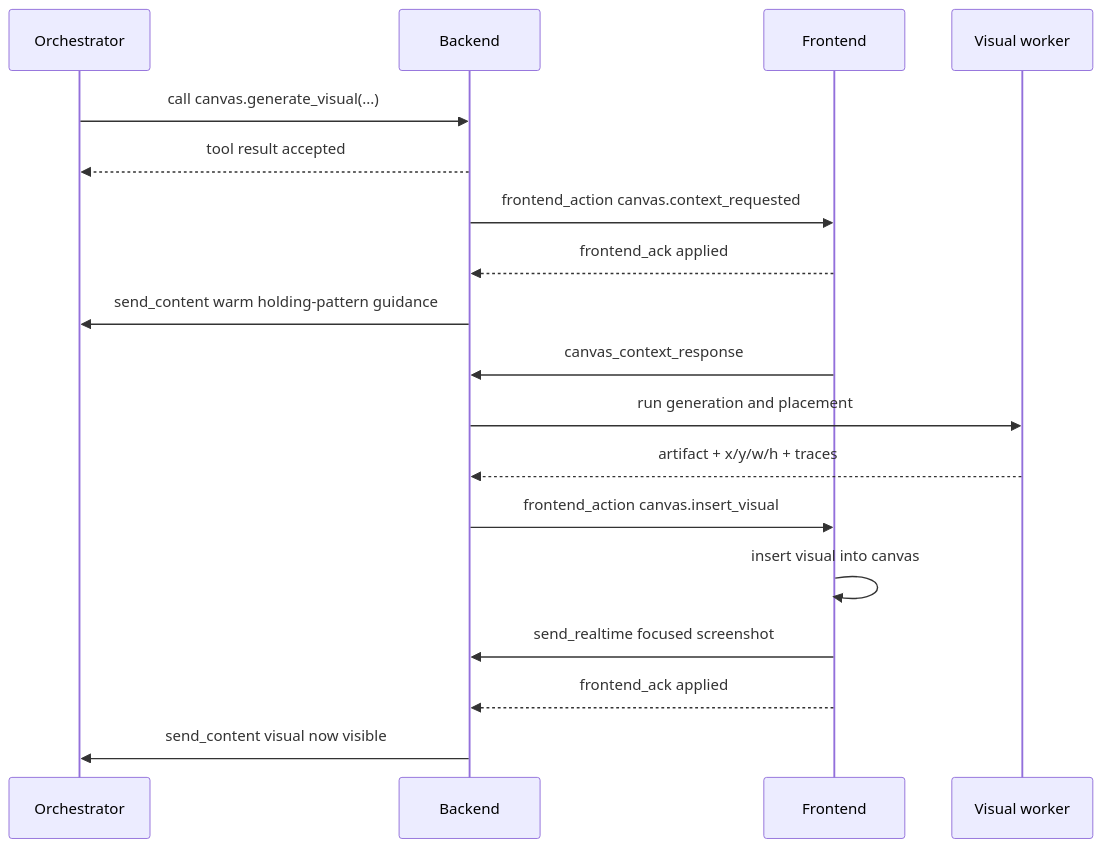
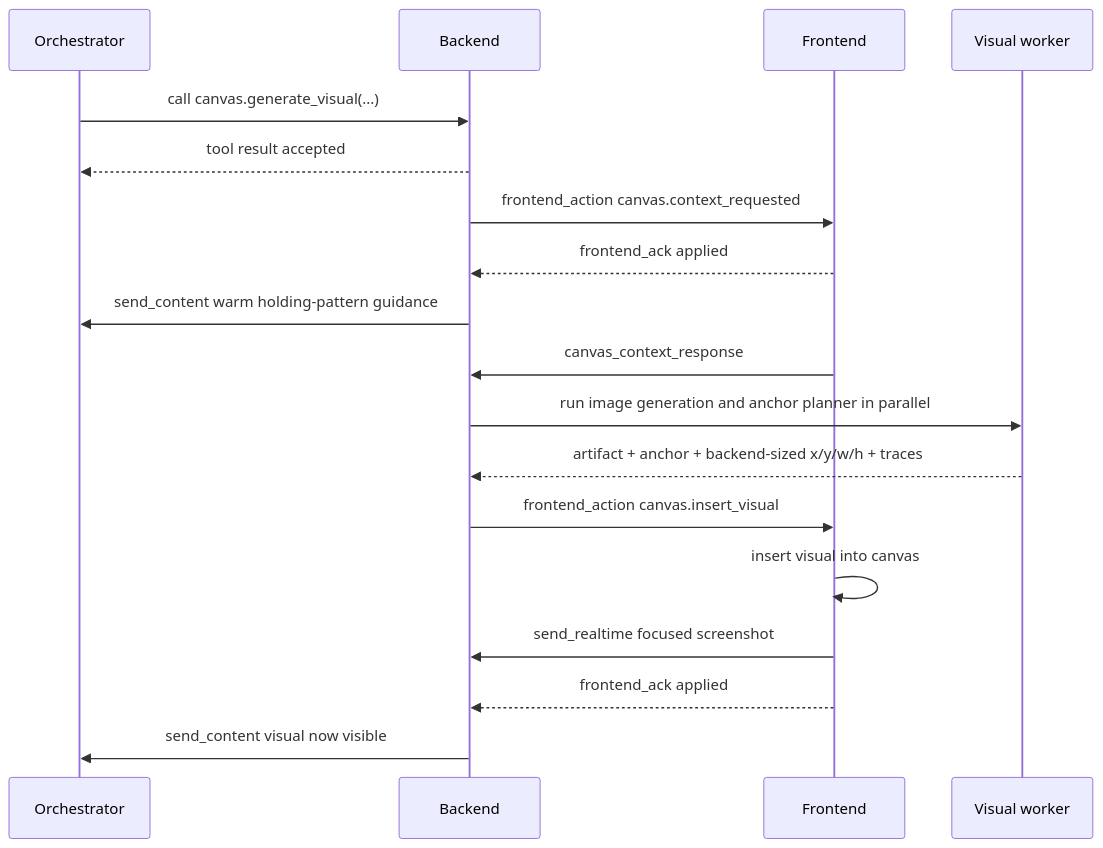
The third of 9 diagrams in docs/thinkspace-end-to-end-technical-architecture.md (trishulam/ThinkSpace), drawn with Mermaid before and after one commit. The commit also changed other lines of this file and 6 other files, not shown here.

````diff
--- a/docs/thinkspace-end-to-end-technical-architecture.md
+++ b/docs/thinkspace-end-to-end-technical-architecture.md
@@ -837,21 +957,21 @@
 ```mermaid
 sequenceDiagram
     participant O as Orchestrator
     participant B as Backend
     participant F as Frontend
     participant V as Visual worker
 
     O->>B: call canvas.generate_visual(...)
     B-->>O: tool result accepted
     B->>F: frontend_action canvas.context_requested
     F-->>B: frontend_ack applied
     B->>O: send_content warm holding-pattern guidance
     F->>B: canvas_context_response
-    B->>V: run generation and placement
-    V-->>B: artifact + x/y/w/h + traces
+    B->>V: run image generation and anchor planner in parallel
+    V-->>B: artifact + anchor + backend-sized x/y/w/h + traces
     B->>F: frontend_action canvas.insert_visual
     F->>F: insert visual into canvas
     F->>B: send_realtime focused screenshot
     F-->>B: frontend_ack applied
     B->>O: send_content visual now visible
 ```
````
